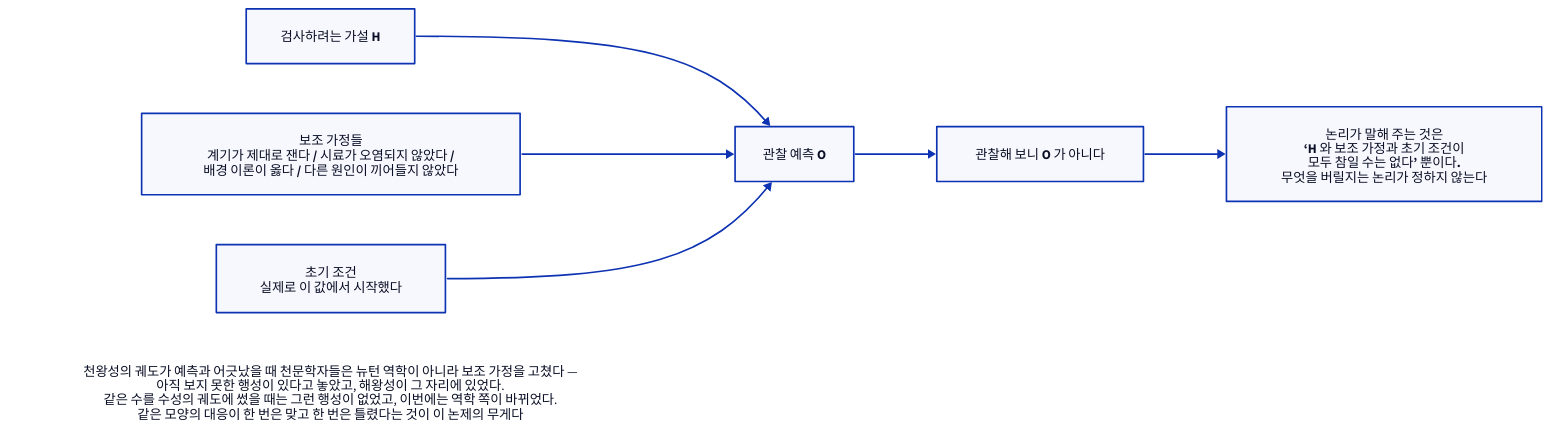
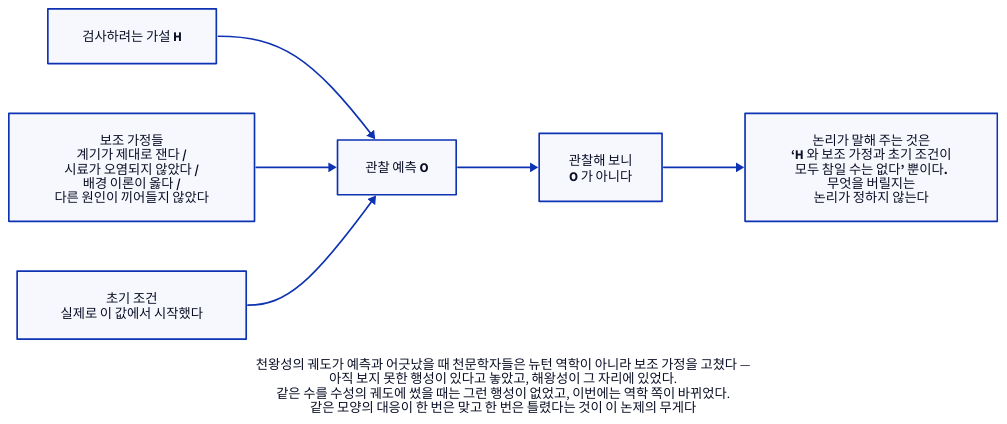
Before and after one commit to Dong-gi/Dong-gi.github.io: the diagram in d2/philosophy/phi-s-duhem-quine.d2, drawn with D2. The commit also changed 295 other files, not shown here.

```diff
--- a/d2/philosophy/phi-s-duhem-quine.d2
+++ b/d2/philosophy/phi-s-duhem-quine.d2
@@ -1,27 +1,28 @@
 # 뒤엠-콰인 논제 — 철학 9장.
 #
 # 무엇을 읽어야 하나: 화살표 셋이 한 곳으로 모인다는 것이 요점이다.
 # 예측을 내놓은 것이 가설 하나가 아니므로, 예측이 빗나가도 범인이 지목되지 않는다.
 direction: right
 
 가설: { label: "검사하려는 가설 H"; style.bold: true }
-보조: { label: "보조 가정들\n계기가 제대로 잰다 / 시료가 오염되지 않았다 /\n배경 이론이 옳다 / 다른 원인이 끼어들지 않았다" }
+보조: { label: "보조 가정들\n계기가 제대로 잰다 /\n시료가 오염되지 않았다 /\n배경 이론이 옳다 /\n다른 원인이 끼어들지 않았다" }
 초기: { label: "초기 조건\n실제로 이 값에서 시작했다" }
 예측: { label: "관찰 예측 O" }
-빗나감: { label: "관찰해 보니 O 가 아니다"; style.bold: true }
+빗나감: { label: "관찰해 보니\nO 가 아니다"; style.bold: true }
 
 결과: {
-  label: "논리가 말해 주는 것은\n‘H 와 보조 가정과 초기 조건이\n모두 참일 수는 없다’ 뿐이다.\n무엇을 버릴지는 논리가 정하지 않는다"
+  label: "논리가 말해 주는 것은\n‘H 와 보조 가정과 초기 조건이\n모두 참일 수는 없다’ 뿐이다.\n무엇을 버릴지는\n논리가 정하지 않는다"
   style.bold: true
 }
 
 가설 -> 예측
 보조 -> 예측
 초기 -> 예측
 예측 -> 빗나감
 빗나감 -> 결과
 
 사례: {
   label: "천왕성의 궤도가 예측과 어긋났을 때 천문학자들은 뉴턴 역학이 아니라 보조 가정을 고쳤다 —\n아직 보지 못한 행성이 있다고 놓았고, 해왕성이 그 자리에 있었다.\n같은 수를 수성의 궤도에 썼을 때는 그런 행성이 없었고, 이번에는 역학 쪽이 바뀌었다.\n같은 모양의 대응이 한 번은 맞고 한 번은 틀렸다는 것이 이 논제의 무게다"
   shape: text
+  near: bottom-center
 }
```
